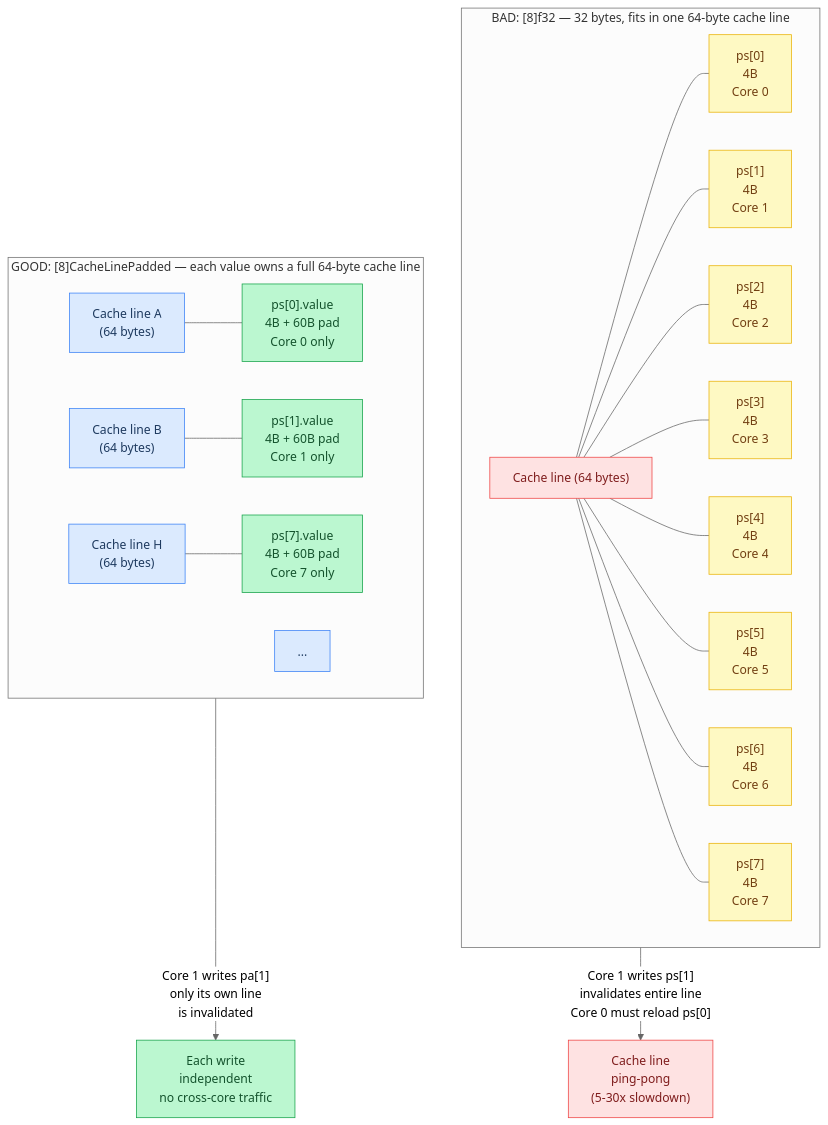
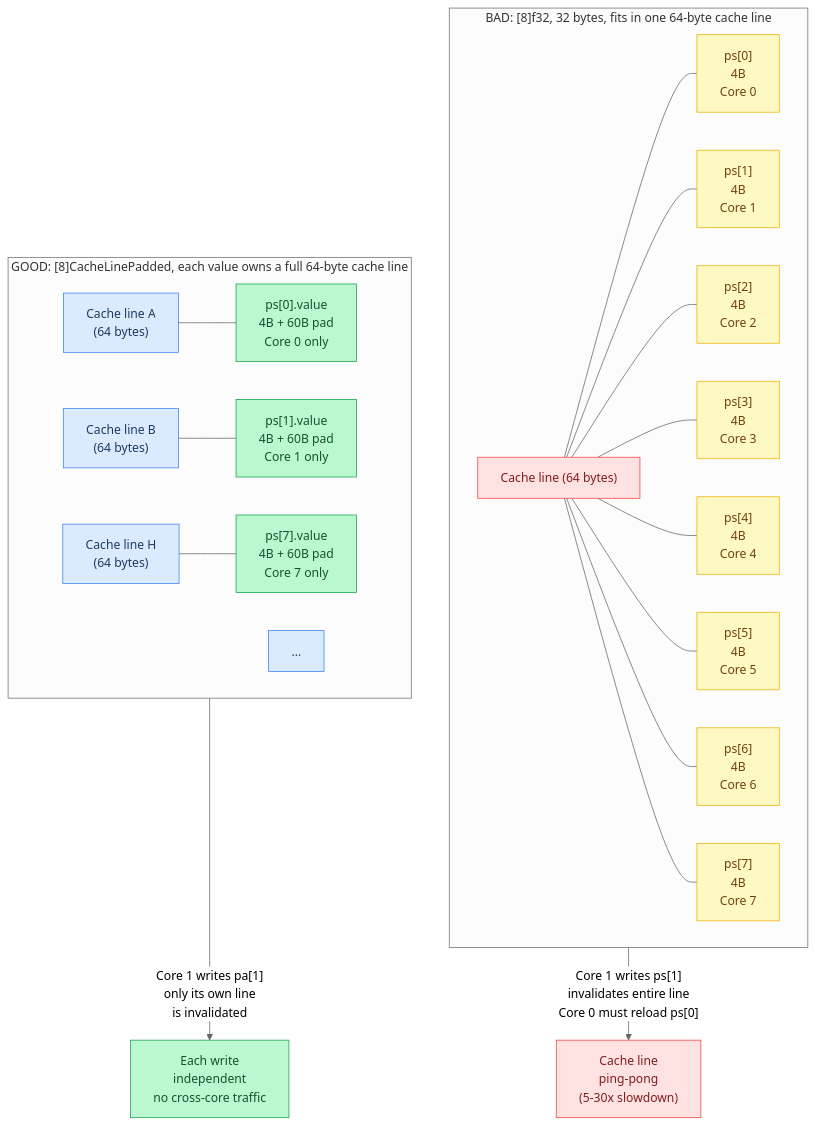
The eighth of 8 diagrams in docs/tutorial/12-cpu-parallelism.md (maci0/agave), drawn with Mermaid (neutral theme) before and after one commit. The commit also changed other lines of this file and 196 other files, not shown here.

````diff
--- a/docs/tutorial/12-cpu-parallelism.md
+++ b/docs/tutorial/12-cpu-parallelism.md
@@ -568,50 +568,50 @@
 ```mermaid
 flowchart TB
     classDef setup     fill:#dbeafe,stroke:#3b82f6,color:#1e3a5f
     classDef sync      fill:#dcfce7,stroke:#22c55e,color:#14532d
     classDef migration fill:#fef9c3,stroke:#eab308,color:#713f12
     classDef success   fill:#bbf7d0,stroke:#16a34a,color:#14532d
     classDef danger    fill:#fee2e2,stroke:#ef4444,color:#7f1d1d
     classDef optional  fill:#f3e8ff,stroke:#9333ea,color:#581c87
 
     Ping["Cache line\nping-pong\n(5-30x slowdown)"]:::danger
     Solo["Each write\nindependent\nno cross-core traffic"]:::success
 
-    subgraph bad ["BAD: [8]f32 — 32 bytes, fits in one 64-byte cache line"]
+    subgraph bad ["BAD: [8]f32, 32 bytes, fits in one 64-byte cache line"]
         direction LR
         CL1["Cache line (64 bytes)"]:::danger
         PS0["ps[0]\n4B\nCore 0"]:::migration
         PS1["ps[1]\n4B\nCore 1"]:::migration
         PS2["ps[2]\n4B\nCore 2"]:::migration
         PS3["ps[3]\n4B\nCore 3"]:::migration
         PS4["ps[4]\n4B\nCore 4"]:::migration
         PS5["ps[5]\n4B\nCore 5"]:::migration
         PS6["ps[6]\n4B\nCore 6"]:::migration
         PS7["ps[7]\n4B\nCore 7"]:::migration
         CL1 --- PS0
         CL1 --- PS1
         CL1 --- PS2
         CL1 --- PS3
         CL1 --- PS4
         CL1 --- PS5
         CL1 --- PS6
         CL1 --- PS7
     end
 
-    subgraph good ["GOOD: [8]CacheLinePadded — each value owns a full 64-byte cache line"]
+    subgraph good ["GOOD: [8]CacheLinePadded, each value owns a full 64-byte cache line"]
         direction LR
         CL_A["Cache line A\n(64 bytes)"]:::setup
         CL_B["Cache line B\n(64 bytes)"]:::setup
         CL_C["..."]:::setup
         CL_H["Cache line H\n(64 bytes)"]:::setup
         PA0["ps[0].value\n4B + 60B pad\nCore 0 only"]:::success
         PA1["ps[1].value\n4B + 60B pad\nCore 1 only"]:::success
         PA7["ps[7].value\n4B + 60B pad\nCore 7 only"]:::success
         CL_A --- PA0
         CL_B --- PA1
         CL_H --- PA7
     end
 
     bad -->|"Core 1 writes ps[1]\ninvalidates entire line\nCore 0 must reload ps[0]"| Ping
     good -->|"Core 1 writes pa[1]\nonly its own line\nis invalidated"| Solo
 ```
````
